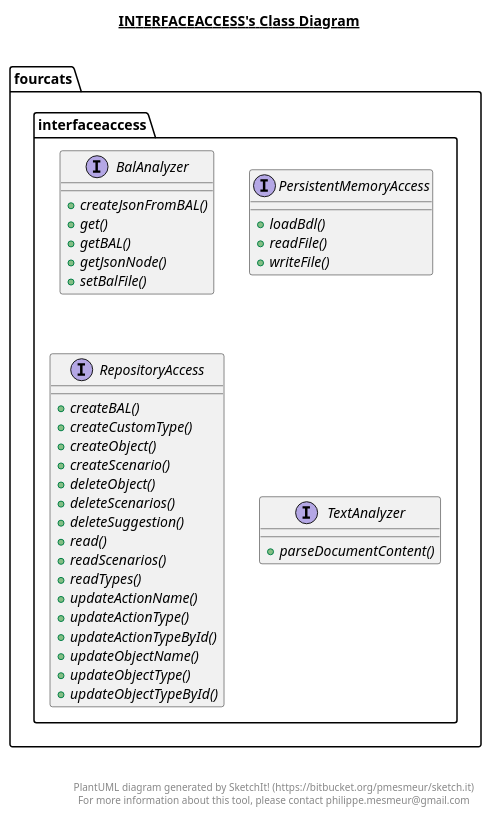
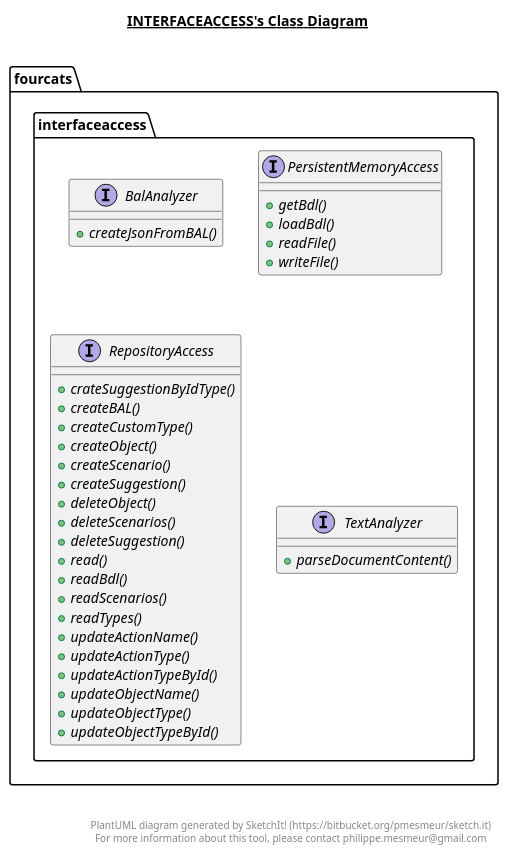
The diagram in NaturalAPI_Design/src/main/java/fourcats/interfaceaccess/InterfaceAccess.plantuml (fourcatsteam/NaturalAPI), drawn with PlantUML before and after one commit. The commit also changed 28 other files, not shown here.

```diff
--- a/NaturalAPI_Design/src/main/java/fourcats/interfaceaccess/InterfaceAccess.plantuml
+++ b/NaturalAPI_Design/src/main/java/fourcats/interfaceaccess/InterfaceAccess.plantuml
@@ -1,71 +1,71 @@
 @startuml
 
 title __INTERFACEACCESS's Class Diagram__\n
 
   namespace fourcats {
     namespace interfaceaccess {
       interface fourcats.interfaceaccess.BalAnalyzer {
           {abstract} + createJsonFromBAL()
-          {abstract} + get()
-          {abstract} + getBAL()
-          {abstract} + getJsonNode()
-          {abstract} + setBalFile()
       }
     }
   }
   
 
   namespace fourcats {
     namespace interfaceaccess {
       interface fourcats.interfaceaccess.PersistentMemoryAccess {
+          {abstract} + getBdl()
           {abstract} + loadBdl()
           {abstract} + readFile()
           {abstract} + writeFile()
       }
     }
   }
   
 
   namespace fourcats {
     namespace interfaceaccess {
       interface fourcats.interfaceaccess.RepositoryAccess {
+          {abstract} + crateSuggestionByIdType()
           {abstract} + createBAL()
           {abstract} + createCustomType()
           {abstract} + createObject()
           {abstract} + createScenario()
+          {abstract} + createSuggestion()
           {abstract} + deleteObject()
           {abstract} + deleteScenarios()
           {abstract} + deleteSuggestion()
           {abstract} + read()
+          {abstract} + readBdl()
           {abstract} + readScenarios()
           {abstract} + readTypes()
           {abstract} + updateActionName()
           {abstract} + updateActionType()
           {abstract} + updateActionTypeById()
           {abstract} + updateObjectName()
           {abstract} + updateObjectType()
           {abstract} + updateObjectTypeById()
       }
     }
   }
   
 
   namespace fourcats {
     namespace interfaceaccess {
       interface fourcats.interfaceaccess.TextAnalyzer {
           {abstract} + parseDocumentContent()
       }
     }
   }
   
 
 
 
 right footer
 
 
 PlantUML diagram generated by SketchIt! (https://bitbucket.org/pmesmeur/sketch.it)
 For more information about this tool, please contact philippe.mesmeur@gmail.com
 endfooter
 
 @enduml
```
